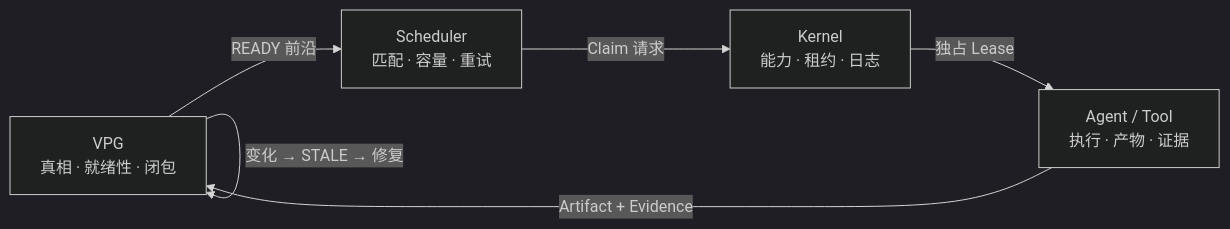
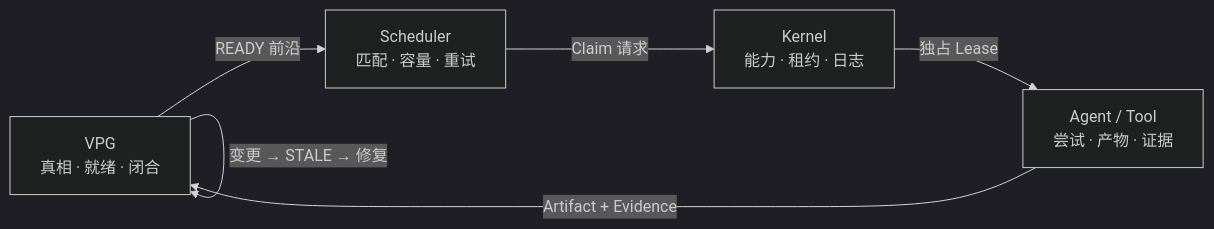
One commit to Yang-Jiashu/LongHorizonOS changed the diagram in README.zh-CN.md. Above: the diagram before and after it, drawn with Mermaid (dark theme). The commit also changed other lines of this file and 1 other file, not shown here.

````diff
--- a/README.zh-CN.md
+++ b/README.zh-CN.md
@@ -43,13 +40,13 @@
 ```mermaid
 flowchart LR
-    V["VPG<br/>真相 · 就绪性 · 闭包"]
+    V["VPG<br/>真相 · 就绪 · 闭合"]
     S["Scheduler<br/>匹配 · 容量 · 重试"]
     K["Kernel<br/>能力 · 租约 · 日志"]
-    A["Agent / Tool<br/>执行 · 产物 · 证据"]
+    A["Agent / Tool<br/>尝试 · 产物 · 证据"]
 
     V -->|"READY 前沿"| S
     S -->|"Claim 请求"| K
     K -->|"独占 Lease"| A
     A -->|"Artifact + Evidence"| V
-    V -->|"变化 → STALE → 修复"| V
+    V -->|"变更 → STALE → 修复"| V
 ```
````
